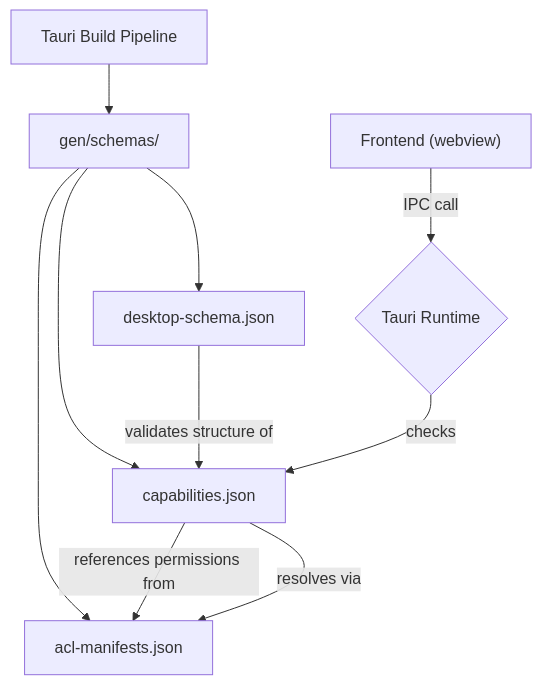
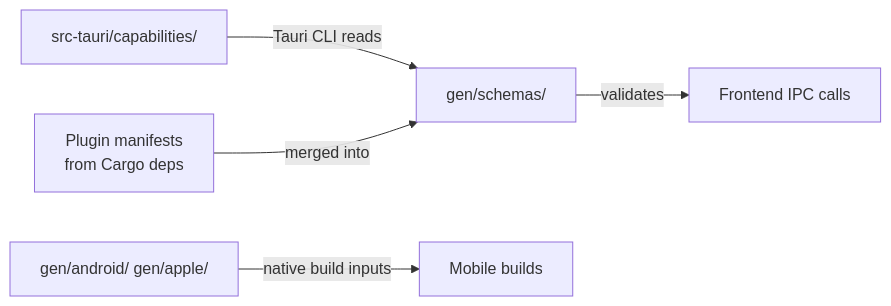
The diagram in other-librefang-desktop-gen.md (leszek3737/librefang-WIki), drawn with Mermaid before and after one commit. The commit also changed other lines of this file and 94 other files, not shown here.

````diff
--- a/other-librefang-desktop-gen.md
+++ b/other-librefang-desktop-gen.md
@@ -19,12 +127,7 @@
 ```mermaid
-flowchart TD
-    A[Tauri Build Pipeline] --> B["gen/schemas/"]
-    B --> C[acl-manifests.json]
-    B --> D[capabilities.json]
-    B --> E[desktop-schema.json]
-    D -->|"references permissions from"| C
-    E -->|"validates structure of"| D
-    F["Frontend (webview)"] -->|"IPC call"| G{Tauri Runtime}
-    G -->|"checks"| D
-    D -->|"resolves via"| C
+graph LR
+    A[src-tauri/capabilities/] -->|Tauri CLI reads| B[gen/schemas/]
+    C[Plugin manifests<br/>from Cargo deps] -->|merged into| B
+    B -->|validates| D[Frontend IPC calls]
+    E[gen/android/ gen/apple/] -->|native build inputs| F[Mobile builds]
 ```
````
